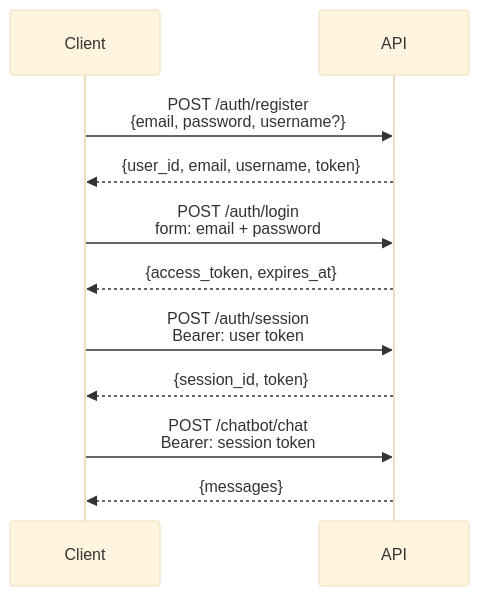
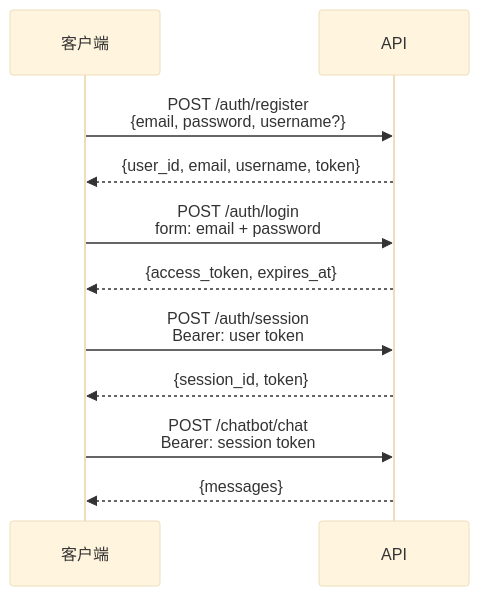
The diagram in docs/authentication.md (C-jcbest/landslide-monitoring-agent), drawn with Mermaid (base theme) before and after one commit. The commit also changed other lines of this file and 25 other files, not shown here.

````diff
--- a/docs/authentication.md
+++ b/docs/authentication.md
@@ -5,17 +7,17 @@
 ```mermaid
 sequenceDiagram
-    participant C as Client
+    participant C as 客户端
     participant A as API
 
     C->>A: POST /auth/register<br/>{email, password, username?}
     A-->>C: {user_id, email, username, token}
 
     C->>A: POST /auth/login<br/>form: email + password
     A-->>C: {access_token, expires_at}
 
     C->>A: POST /auth/session<br/>Bearer: user token
     A-->>C: {session_id, token}
 
     C->>A: POST /chatbot/chat<br/>Bearer: session token
     A-->>C: {messages}
 ```
````
